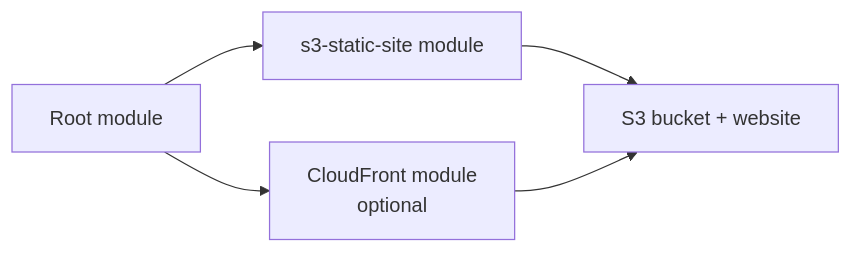
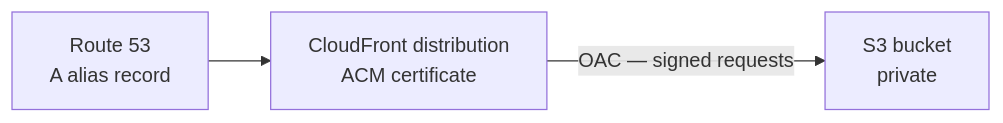
The fourth of 5 diagrams in aws/system-03-data-platform/02-infrastructure/stage-01-foundation/s3-static-site/docs/interview-prep.md (vandana-platform/02-tier-1-devops), drawn with Mermaid before and after one commit. The commit also changed other lines of this file and 5 other files, not shown here.

Commit message:
docs: update s3-static-site documentation

````diff
--- a/aws/system-03-data-platform/02-infrastructure/stage-01-foundation/s3-static-site/docs/interview-prep.md
+++ b/aws/system-03-data-platform/02-infrastructure/stage-01-foundation/s3-static-site/docs/interview-prep.md
@@ -180,7 +317,5 @@
 ```mermaid
 flowchart LR
-    ROOT[Root module] --> MOD[s3-static-site module]
-    MOD --> B[S3 bucket + website]
-    ROOT --> CF[CloudFront module\noptional]
-    CF --> B
+    DNS[Route 53\nA alias record] --> CF[CloudFront distribution\nACM certificate]
+    CF -->|OAC — signed requests| S3[S3 bucket\nprivate]
 ```
````
